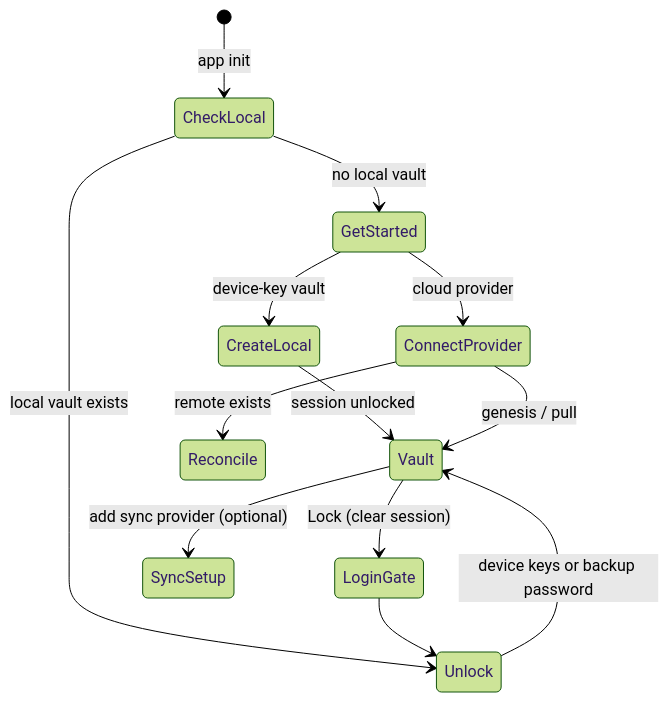
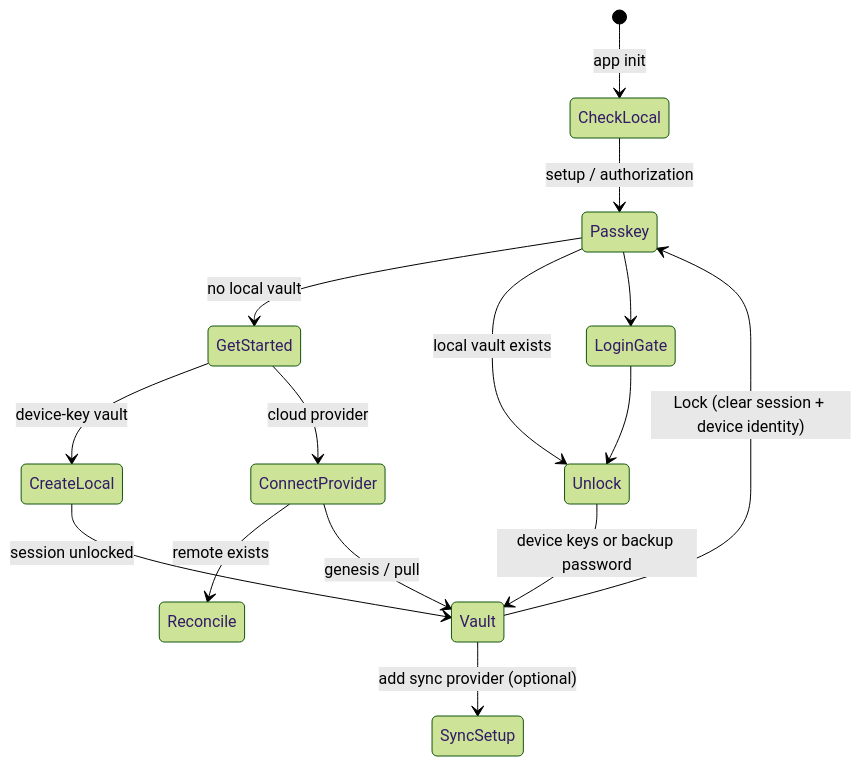
The third of 3 diagrams in .cortex/design-docs/unified-vault.md (meta-secret/nook), drawn with Mermaid (forest theme) before and after one commit. The commit also changed other lines of this file and 61 other files, not shown here.

Commit message:
feat(security): protect device keys with passkey PRF

````diff
--- a/.cortex/design-docs/unified-vault.md
+++ b/.cortex/design-docs/unified-vault.md
@@ -148,15 +148,17 @@
 ```mermaid
 stateDiagram-v2
   [*] --> CheckLocal: app init
-  CheckLocal --> GetStarted: no local vault
-  CheckLocal --> Unlock: local vault exists
+  CheckLocal --> Passkey: setup / authorization
+  Passkey --> GetStarted: no local vault
+  Passkey --> Unlock: local vault exists
   GetStarted --> CreateLocal: device-key vault
   GetStarted --> ConnectProvider: cloud provider
   CreateLocal --> Vault: session unlocked
   ConnectProvider --> Reconcile: remote exists
   ConnectProvider --> Vault: genesis / pull
   Unlock --> Vault: device keys or backup password
-  Vault --> LoginGate: Lock (clear session)
+  Vault --> Passkey: Lock (clear session + device identity)
+  Passkey --> LoginGate
   LoginGate --> Unlock
   Vault --> SyncSetup: add sync provider (optional)
 ```
````
